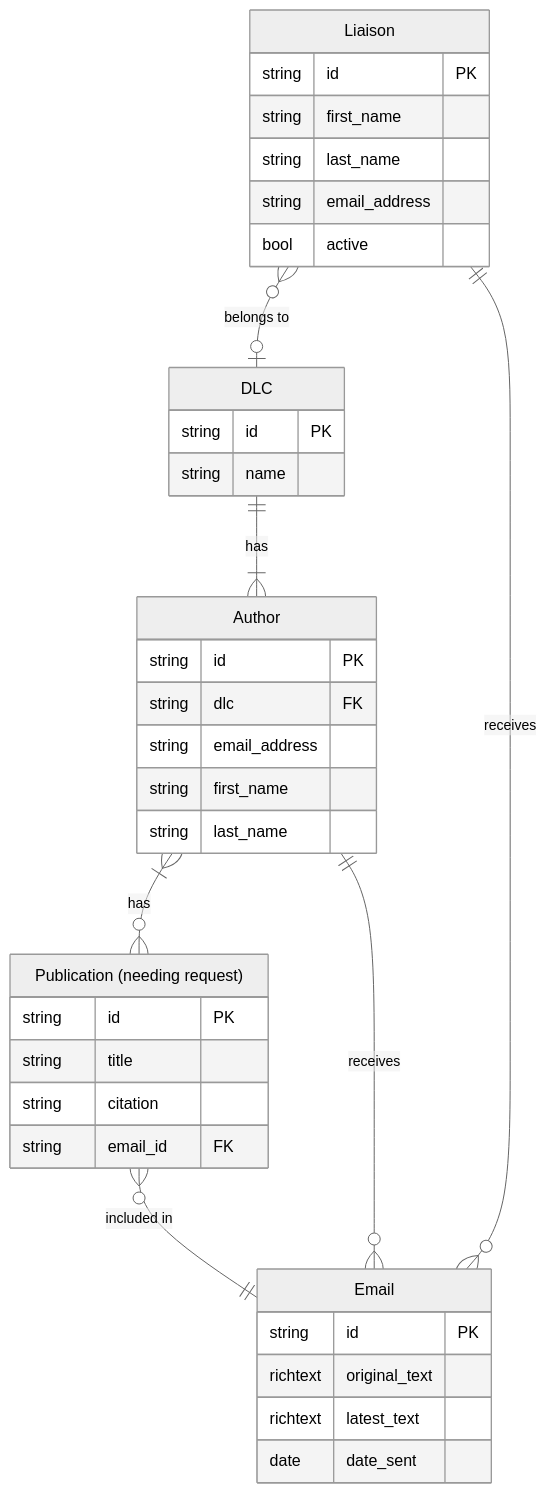
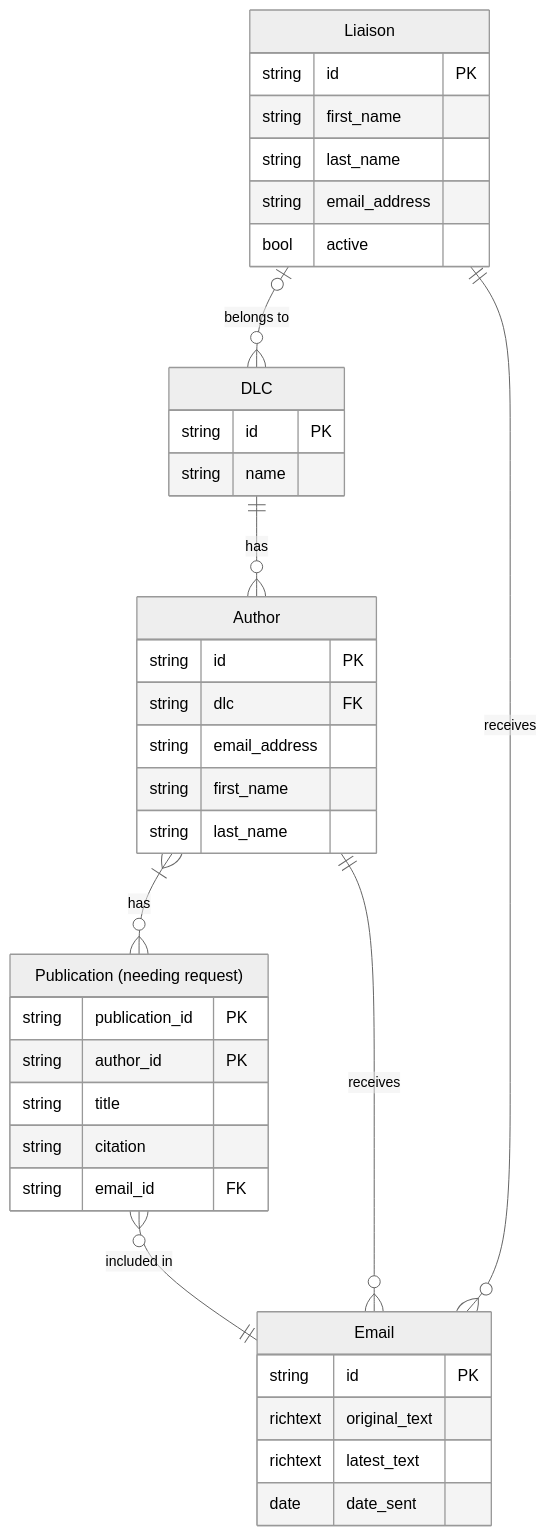
The diagram in docs/entity_relationship_diagram.md (MITLibraries/publication-email-request-service), drawn with Mermaid (neutral theme) before and after one commit. The commit also changed other lines of this file, not shown here.

Commit message:
update entity relationship diagram

````diff
--- a/docs/entity_relationship_diagram.md
+++ b/docs/entity_relationship_diagram.md
@@ -12,39 +15,40 @@
 ```mermaid
 erDiagram
     publication["Publication (needing request)"]{
-        string id PK 
+        string publication_id PK 
+        string author_id PK
         string title
         string citation
         string email_id FK
     }
     dlc[DLC]{
         string id PK
         string name
     }
     liaison[Liaison]{
         string id PK
         string first_name
         string last_name
         string email_address
         bool active
     }
     author[Author]{
         string id PK
         string dlc FK
         string email_address
         string first_name
         string last_name
     }
     email[Email]{
         string id PK
         richtext original_text
         richtext latest_text
         date date_sent
     }
-    liaison }o--o| dlc: "belongs to"
-    dlc ||--|{ author: has
+    liaison |o--o{ dlc: "belongs to"
+    dlc ||--o{ author: has
     author }|--o{ publication: has
     publication }o--|| email: "included in"
     author ||--o{ email: receives
     liaison ||--o{ email: receives
 ```
````
